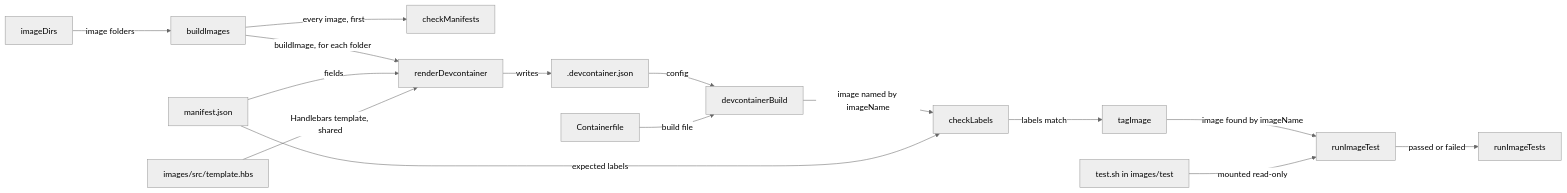
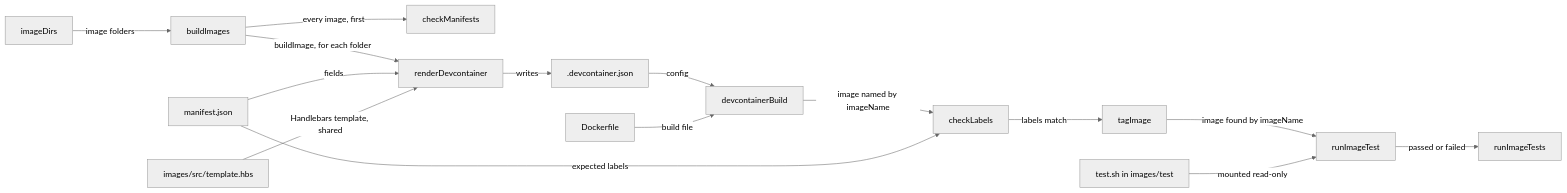
The diagram in docs/images/overview.md (froazin/devcontainers), drawn with Mermaid (neutral theme) before and after one commit. The commit also changed other lines of this file and 22 other files, not shown here.

First line of the commit message:
feat(images): Run systemd as PID 1 in the base image

````diff
--- a/docs/images/overview.md
+++ b/docs/images/overview.md
@@ -15,19 +15,19 @@
 ```mermaid
 flowchart LR
     accTitle: The image pipeline
-    accDescr: imageDirs finds each image folder with a manifest.json, and passes the folders to buildImages. buildImages runs checkManifests on every image first, then buildImage for each folder. renderDevcontainer renders the shared images/src/template.hbs with the fields of manifest.json and writes .devcontainer.json into the image folder. devcontainerBuild builds the image from it and the Containerfile, under the name imageName gives it. checkLabels compares the built image's labels with the manifest's, and tagImage then tags it. runImageTest runs test.sh from images/test in a Docker container of that image, and runImageTests collects the results.
+    accDescr: imageDirs finds each image folder with a manifest.json, and passes the folders to buildImages. buildImages runs checkManifests on every image first, then buildImage for each folder. renderDevcontainer renders the shared images/src/template.hbs with the fields of manifest.json and writes .devcontainer.json into the image folder. devcontainerBuild builds the image from it and the Dockerfile, under the name imageName gives it. checkLabels compares the built image's labels with the manifest's, and tagImage then tags it. runImageTest runs test.sh from images/test in a Docker container of that image, and runImageTests collects the results.
     discovery["imageDirs"] -->|image folders| build["buildImages"]
     build -->|every image, first| check["checkManifests"]
     build -->|buildImage, for each folder| render["renderDevcontainer"]
     manifest["manifest.json"] -->|fields| render
     template["images/src/template.hbs"] -->|Handlebars template, shared| render
     render -->|writes| devcontainer[".devcontainer.json"]
     devcontainer -->|config| cli["devcontainerBuild"]
-    containerfile["Containerfile"] -->|build file| cli
+    dockerfile["Dockerfile"] -->|build file| cli
     cli -->|image named by imageName| labels["checkLabels"]
     manifest -->|expected labels| labels
     labels -->|labels match| tag["tagImage"]
     tag -->|image found by imageName| test["runImageTest"]
     testsh["test.sh in images/test"] -->|mounted read-only| test
     test -->|passed or failed| tests["runImageTests"]
 ```
````
